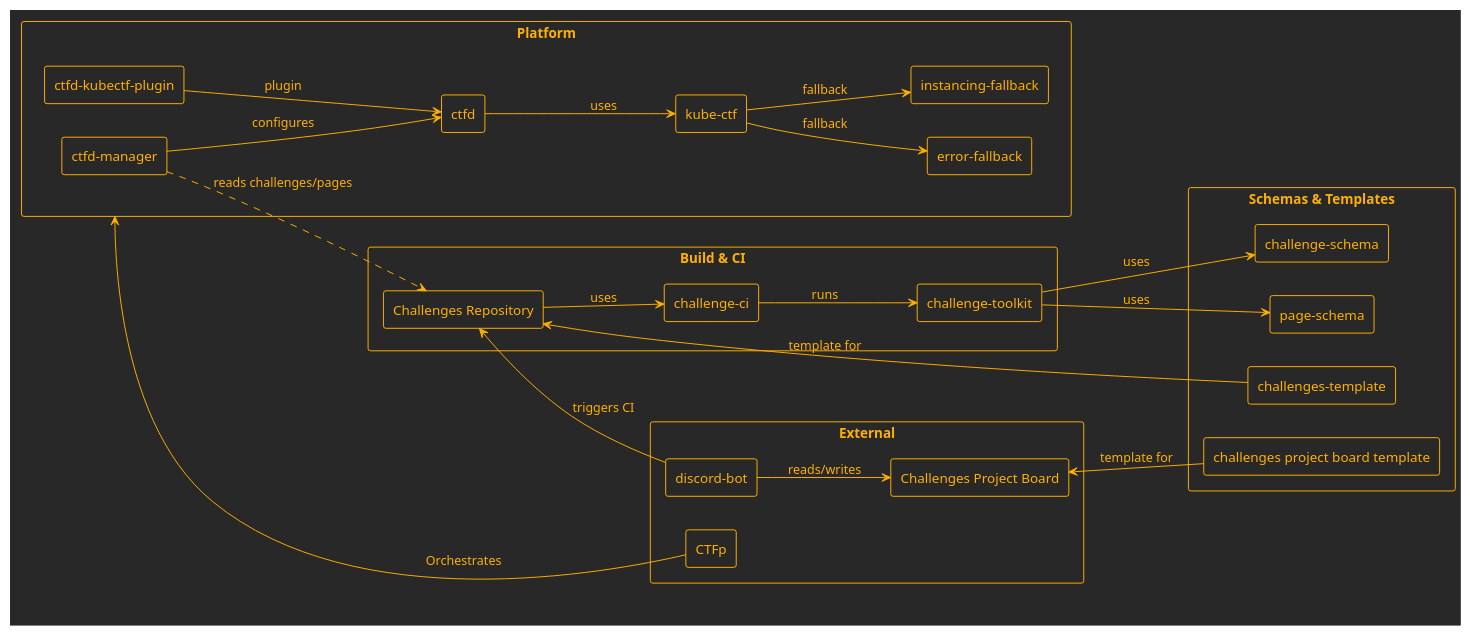
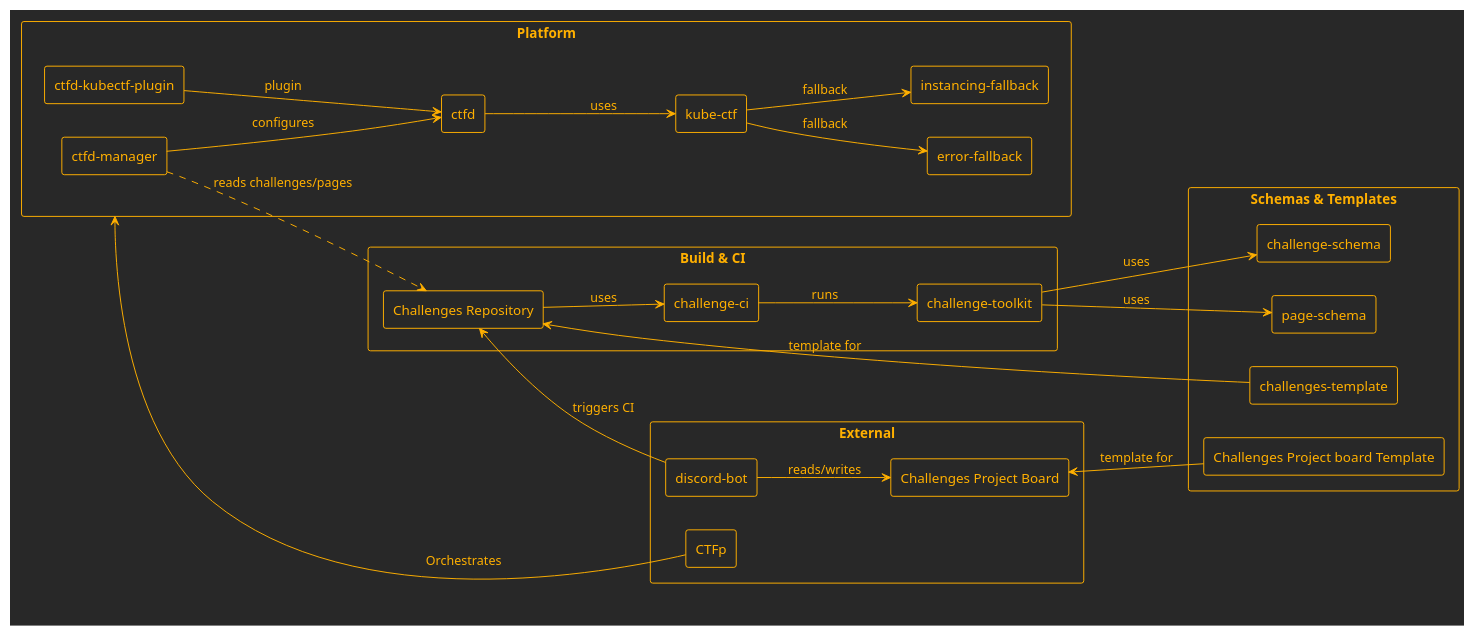
Before and after one commit to ctfpilot/.github: the diagram in attachments/dependency.plantuml, drawn with PlantUML. The commit also changed 3 other files, not shown here.

Commit message:
Update dependency diagram

```diff
--- a/attachments/dependency.plantuml
+++ b/attachments/dependency.plantuml
@@ -1,79 +1,79 @@
 @startuml
 !theme crt-amber
 left to right direction
 skinparam packageStyle rectangle
 skinparam shadowing false
 skinparam componentStyle rectangle
 
 ' =========================
 ' Contracts & Templates
 ' =========================
 package "Schemas & Templates" {
   component "challenge-schema" as CS [[https://github.com/ctfpilot/challenge-schema]]
   component "page-schema" as PS [[https://github.com/ctfpilot/page-schema]]
   component "challenges-template" as CT [[https://github.com/ctfpilot/challenges-template]]
-  component "challenges project board template" as PBT [[https://github.com/orgs/ctfpilot/projects/1]]
+  component "Challenges Project board Template" as PBT [[https://github.com/orgs/ctfpilot/projects/1]]
 }
 
 ' =========================
 ' Build & CI
 ' =========================
 package "Build & CI" {
   component "challenge-toolkit" as Toolkit [[https://github.com/ctfpilot/challenge-toolkit]]
   component "challenge-ci" as CI [[https://github.com/ctfpilot/challenge-ci]]
   component "Challenges Repository" as Repo [[https://github.com/ctfpilot/challenges-example]]
 }
 
 ' =========================
 ' Platform
 ' =========================
 package "Platform" {
   component "ctfd-kubectf-plugin" as Plugin [[https://github.com/ctfpilot/ctfd-kubectf-plugin]]
   component "ctfd-manager" as Manager [[https://github.com/ctfpilot/ctfd-manager]]
   component "ctfd" as CTFd [[https://github.com/ctfpilot/ctfd]]
   component "kube-ctf" as Kube [[https://github.com/ctfpilot/kube-ctf]]
   component "instancing-fallback" as IFB [[https://github.com/ctfpilot/instancing-fallback]]
   component "error-fallback" as EFB [[https://github.com/ctfpilot/error-fallback]]
 }
 
 ' =========================
 ' External / Orchestration
 ' =========================
 package "External" {
   component "CTFp" as CTFp [[https://github.com/ctfpilot/ctfp]]
   component "discord-bot" as Bot [[https://github.com/ctfpilot/discord-bot]]
   component "Challenges Project Board" as Board [[https://github.com/orgs/ctfpilot/projects/2]]
 }
 
 ' =========================
 ' Dependencies
 ' =========================
 
 ' Contracts
 Toolkit --> CS : uses
 Toolkit --> PS : uses
 PBT --> Board : template for
 CT ---> Repo : template for
 
 ' Build chain
 CI --> Toolkit : runs
 Repo --> CI : uses
 Bot --> Repo : triggers CI
 
 ' Platform orchestration
 CTFp -u-> Platform : Orchestrates
 CTFp --[hidden]u-> Manager
 
 ' Platform internals
 Manager --> CTFd : configures
 Manager ..> Repo : reads challenges/pages
 
 Plugin --> CTFd : plugin
 CTFd --> Kube : uses
 Kube --> IFB : fallback
 Kube --> EFB : fallback
 
 ' External
 Bot --> Board : reads/writes
 
 @enduml
```
